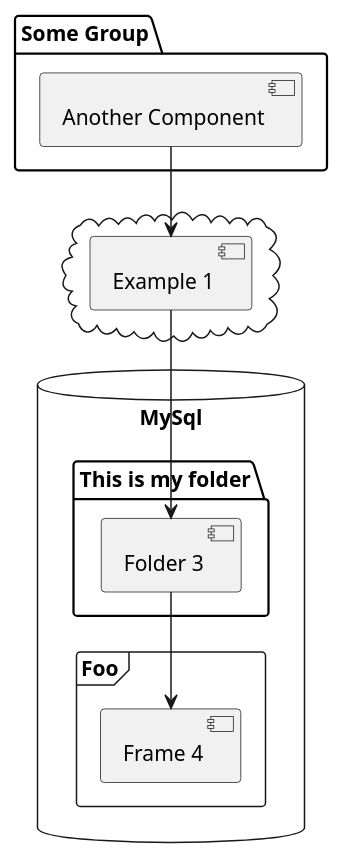
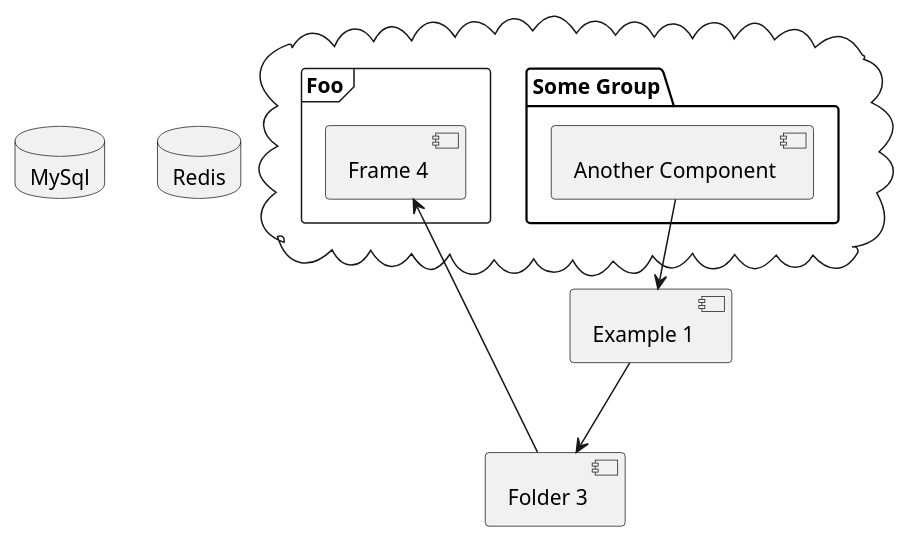
The diagram in uml_docs/component-diagram.puml (aic-factcheck/fact_check_api), drawn with PlantUML before and after one commit. The commit also changed 8 other files, not shown here.

```diff
--- a/uml_docs/component-diagram.puml
+++ b/uml_docs/component-diagram.puml
@@ -1,26 +1,28 @@
 @startuml
 
-package "Some Group" {
-  [Another Component]
-}
+cloud {
 
-cloud {
-  [Example 1]
+  frame "Foo" {
+    [Frame 4]
+  }
+
+  package "Some Group" {
+    [Another Component]
+  }
 }
 
 
 database "MySql" {
-  folder "This is my folder" {
-    [Folder 3]
-  }
-  frame "Foo" {
-    [Frame 4]
-  }
+
+}
+
+database "Redis" {
+
 }
 
 
 [Another Component] --> [Example 1]
 [Example 1] --> [Folder 3]
 [Folder 3] --> [Frame 4]
 
 @enduml
```
